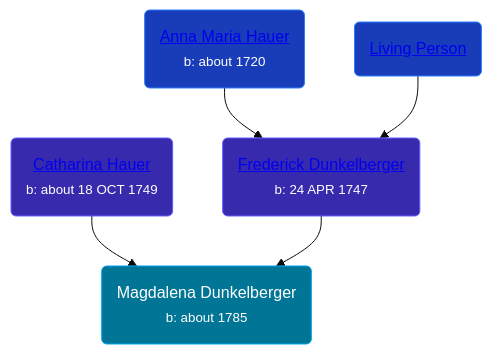
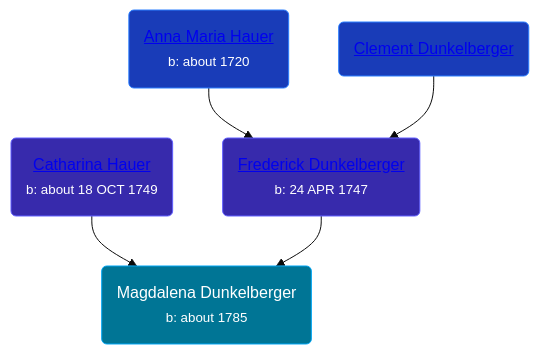
The diagram in pages/people/9/94381550.md (wpmgotkh/wpmgotkh.github.io), drawn with Mermaid (base theme) before and after one commit. The commit also changed 586 other files, not shown here.

Commit message:
feat: better shouldConsiderPersonLiving algo

````diff
--- a/pages/people/9/94381550.md
+++ b/pages/people/9/94381550.md
@@ -11,11 +11,11 @@
 ```mermaid
 graph
 classDef grands fill:#193cb8,stroke:#2b7fff,stroke-width:1px,color:#fff;
 classDef parents fill:#372aac,stroke:#615fff,stroke-width:1px,color:#fff;
 classDef primary fill:#007595,stroke:#00a6f4,stroke-width:1px,color:#fff;
 94381550(Magdalena Dunkelberger<br /><small>b: about 1785</small>):::primary
 70737648(<a class="text-white" href="/people/7/70737648">Catharina Hauer</a><br /><small>b: about 18 OCT 1749</small>):::parents-->94381550
 29307544(<a class="text-white" href="/people/2/29307544">Frederick Dunkelberger</a><br /><small>b: 24 APR 1747</small>):::parents-->94381550
 22963774(<a class="text-white" href="/people/2/22963774">Anna Maria Hauer</a><br /><small>b: about 1720</small>):::grands-->29307544
-13545057(<a class="text-white" href="/people/1/13545057">Living Person</a>):::grands-->29307544
+13545057(<a class="text-white" href="/people/1/13545057">Clement Dunkelberger</a>):::grands-->29307544
 ```
````
